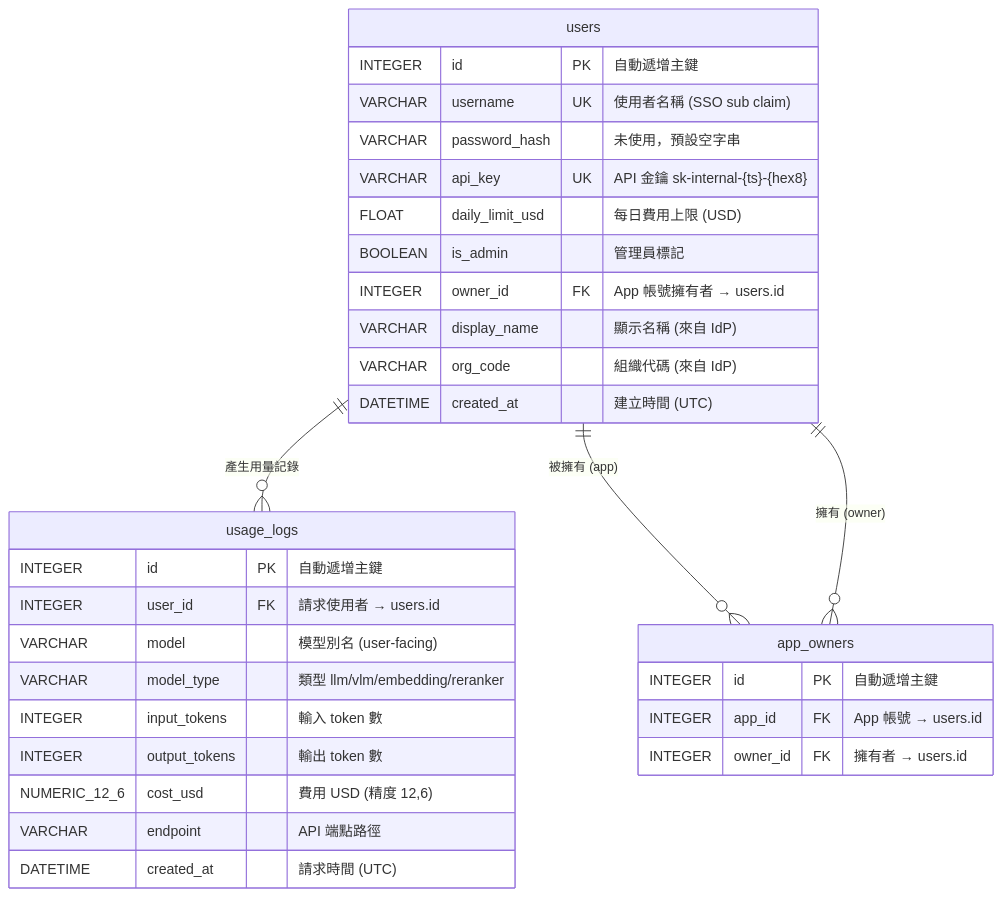
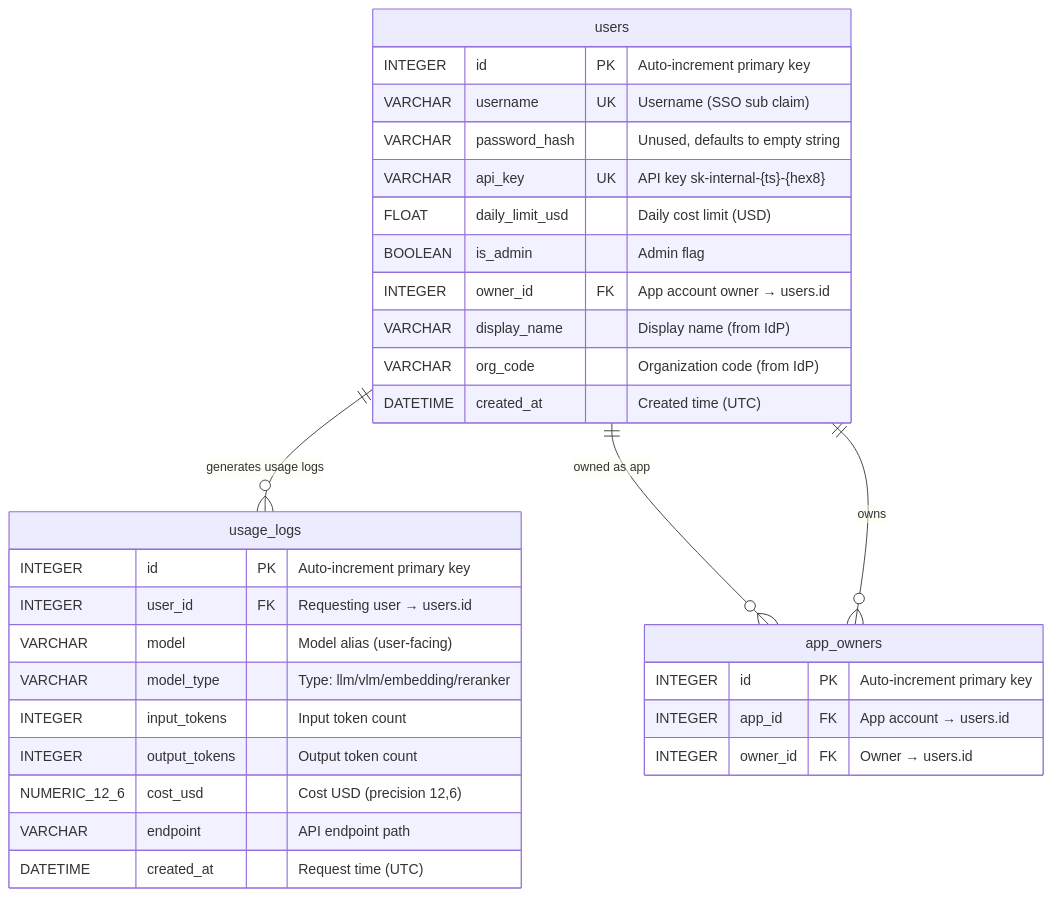
Before and after one commit to bwinken/llm-gateway: the first of 3 diagrams in app/models/README.md, drawn with Mermaid. The commit also changed other lines of this file and 11 other files, not shown here.

````diff
--- a/app/models/README.md
+++ b/app/models/README.md
@@ -13,37 +15,37 @@
 ```mermaid
 erDiagram
     users {
-        INTEGER id PK "自動遞增主鍵"
-        VARCHAR username UK "使用者名稱 (SSO sub claim)"
-        VARCHAR password_hash "未使用，預設空字串"
-        VARCHAR api_key UK "API 金鑰 sk-internal-{ts}-{hex8}"
-        FLOAT daily_limit_usd "每日費用上限 (USD)"
-        BOOLEAN is_admin "管理員標記"
-        INTEGER owner_id FK "App 帳號擁有者 → users.id"
-        VARCHAR display_name "顯示名稱 (來自 IdP)"
-        VARCHAR org_code "組織代碼 (來自 IdP)"
-        DATETIME created_at "建立時間 (UTC)"
+        INTEGER id PK "Auto-increment primary key"
+        VARCHAR username UK "Username (SSO sub claim)"
+        VARCHAR password_hash "Unused, defaults to empty string"
+        VARCHAR api_key UK "API key sk-internal-{ts}-{hex8}"
+        FLOAT daily_limit_usd "Daily cost limit (USD)"
+        BOOLEAN is_admin "Admin flag"
+        INTEGER owner_id FK "App account owner → users.id"
+        VARCHAR display_name "Display name (from IdP)"
+        VARCHAR org_code "Organization code (from IdP)"
+        DATETIME created_at "Created time (UTC)"
     }
 
     usage_logs {
-        INTEGER id PK "自動遞增主鍵"
-        INTEGER user_id FK "請求使用者 → users.id"
-        VARCHAR model "模型別名 (user-facing)"
-        VARCHAR model_type "類型 llm/vlm/embedding/reranker"
-        INTEGER input_tokens "輸入 token 數"
-        INTEGER output_tokens "輸出 token 數"
-        NUMERIC_12_6 cost_usd "費用 USD (精度 12,6)"
-        VARCHAR endpoint "API 端點路徑"
-        DATETIME created_at "請求時間 (UTC)"
+        INTEGER id PK "Auto-increment primary key"
+        INTEGER user_id FK "Requesting user → users.id"
+        VARCHAR model "Model alias (user-facing)"
+        VARCHAR model_type "Type: llm/vlm/embedding/reranker"
+        INTEGER input_tokens "Input token count"
+        INTEGER output_tokens "Output token count"
+        NUMERIC_12_6 cost_usd "Cost USD (precision 12,6)"
+        VARCHAR endpoint "API endpoint path"
+        DATETIME created_at "Request time (UTC)"
     }
 
     app_owners {
-        INTEGER id PK "自動遞增主鍵"
-        INTEGER app_id FK "App 帳號 → users.id"
-        INTEGER owner_id FK "擁有者 → users.id"
+        INTEGER id PK "Auto-increment primary key"
+        INTEGER app_id FK "App account → users.id"
+        INTEGER owner_id FK "Owner → users.id"
     }
 
-    users ||--o{ usage_logs : "產生用量記錄"
-    users ||--o{ app_owners : "被擁有 (app)"
-    users ||--o{ app_owners : "擁有 (owner)"
+    users ||--o{ usage_logs : "generates usage logs"
+    users ||--o{ app_owners : "owned as app"
+    users ||--o{ app_owners : "owns"
 ```
````
